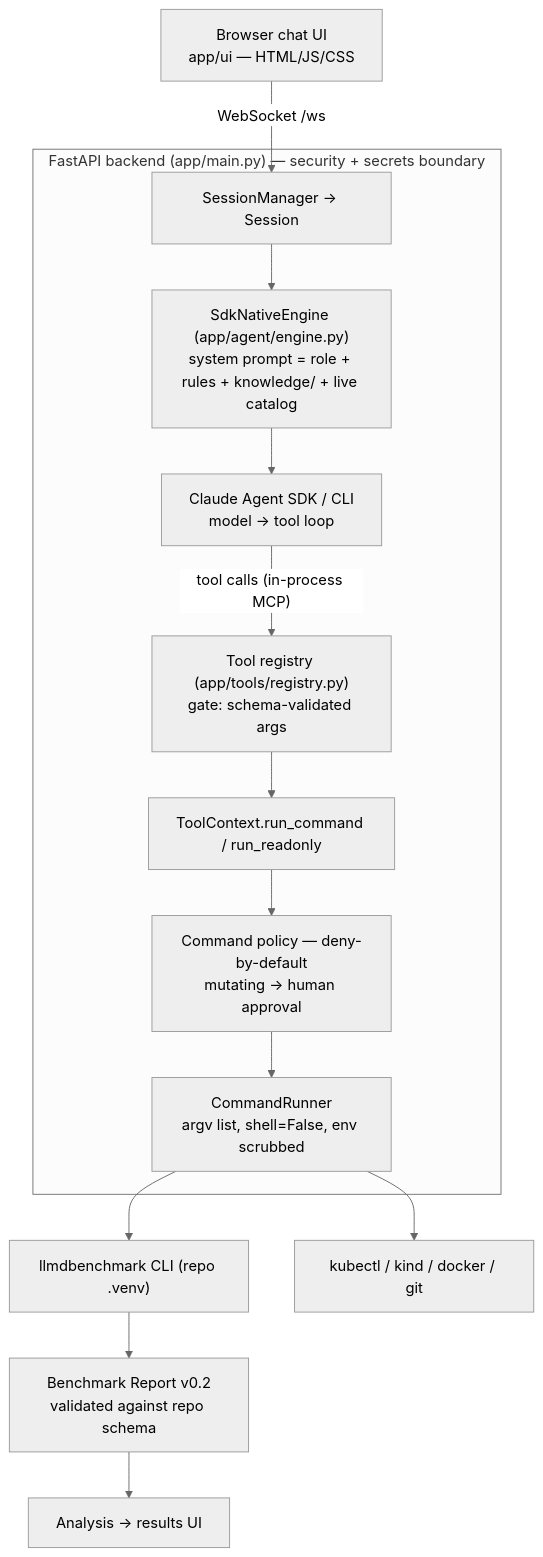
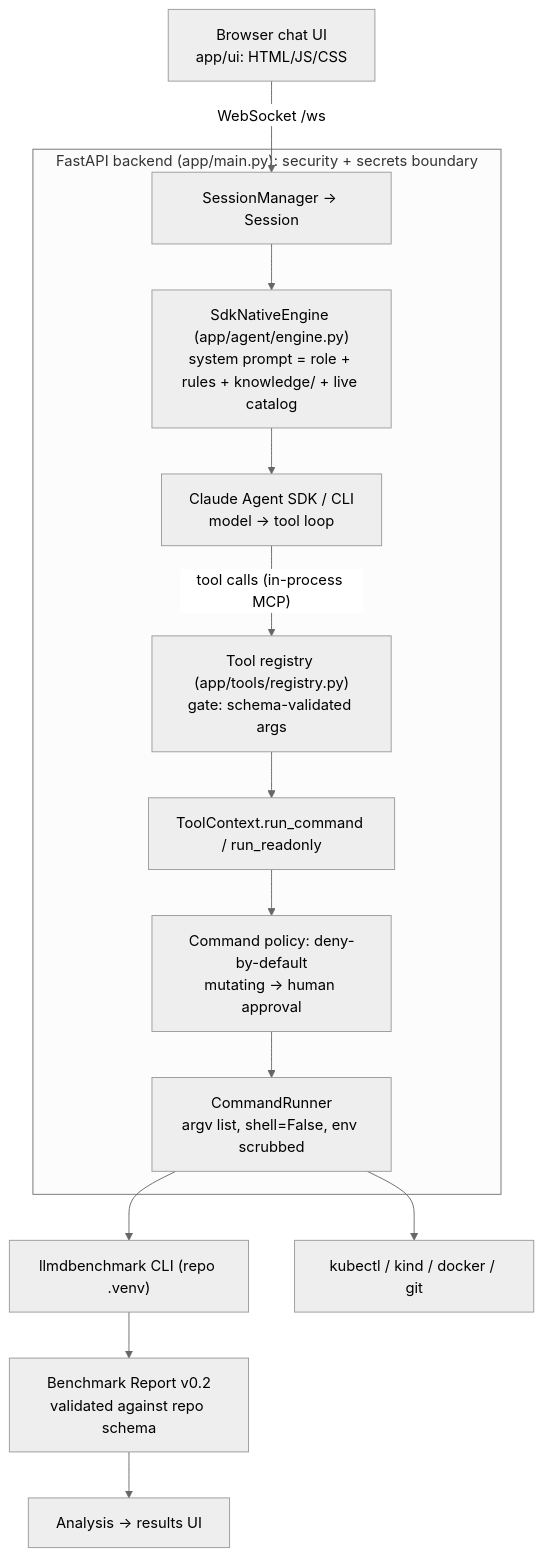
Before and after one commit to TalBenAmii/llm-d-benchmarking-agent: the diagram in llm-d-benchmarking-agent-project/docs/reference/ARCHITECTURE.md, drawn with Mermaid (neutral theme). The commit also changed other lines of this file and 24 other files, not shown here.

````diff
--- a/llm-d-benchmarking-agent-project/docs/reference/ARCHITECTURE.md
+++ b/llm-d-benchmarking-agent-project/docs/reference/ARCHITECTURE.md
@@ -21,18 +20,18 @@
 ```mermaid
 flowchart TB
-    UI["Browser chat UI<br/>app/ui — HTML/JS/CSS"] -- "WebSocket /ws" --> SM
+    UI["Browser chat UI<br/>app/ui: HTML/JS/CSS"] -- "WebSocket /ws" --> SM
 
-    subgraph BE["FastAPI backend (app/main.py) — security + secrets boundary"]
+    subgraph BE["FastAPI backend (app/main.py): security + secrets boundary"]
         SM["SessionManager → Session"] --> ENG["SdkNativeEngine (app/agent/engine.py)<br/>system prompt = role + rules + knowledge/ + live catalog"]
         ENG --> SDK["Claude Agent SDK / CLI<br/>model → tool loop"]
         SDK -- "tool calls (in-process MCP)" --> REG["Tool registry (app/tools/registry.py)<br/>gate: schema-validated args"]
         REG --> CTX["ToolContext.run_command / run_readonly"]
-        CTX --> POL["Command policy — deny-by-default<br/>mutating → human approval"]
+        CTX --> POL["Command policy: deny-by-default<br/>mutating → human approval"]
         POL --> RUN["CommandRunner<br/>argv list, shell=False, env scrubbed"]
     end
 
     RUN --> CLI["llmdbenchmark CLI (repo .venv)"]
     RUN --> K8S["kubectl / kind / docker / git"]
     CLI --> REP["Benchmark Report v0.2<br/>validated against repo schema"]
     REP --> SUM["Analysis → results UI"]
 ```
````
